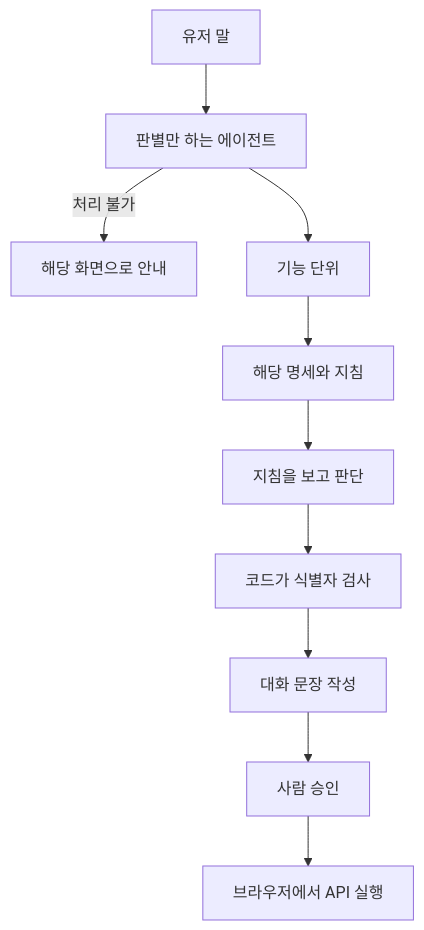
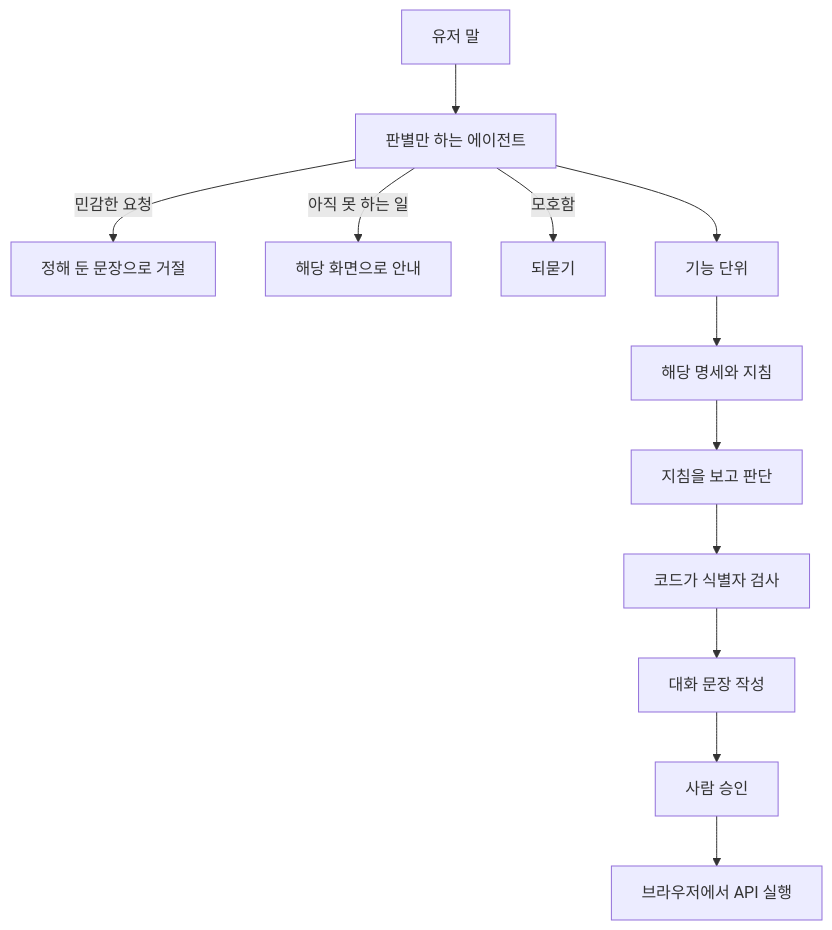
Before and after one commit to zeno0505/dev-articles: the first of 2 diagrams in _posts/2026-11-18-api-spec-in-the-browser.md, drawn with Mermaid. The commit also changed other lines of this file, not shown here.

````diff
--- a/_posts/2026-11-18-api-spec-in-the-browser.md
+++ b/_posts/2026-11-18-api-spec-in-the-browser.md
@@ -88,12 +108,14 @@
 ```mermaid
 flowchart TD
   msg[유저 말] --> classify[판별만 하는 에이전트]
-  classify -->|처리 불가| guide[해당 화면으로 안내]
+  classify -->|민감한 요청| refuse[정해 둔 문장으로 거절]
+  classify -->|아직 못 하는 일| guide[해당 화면으로 안내]
+  classify -->|모호함| ask[되묻기]
   classify --> unit[기능 단위]
   unit --> specs[해당 명세와 지침]
   specs --> back[지침을 보고 판단]
   back --> check[코드가 식별자 검사]
   check --> front[대화 문장 작성]
   front --> approve[사람 승인]
   approve --> exec[브라우저에서 API 실행]
 ```
````
